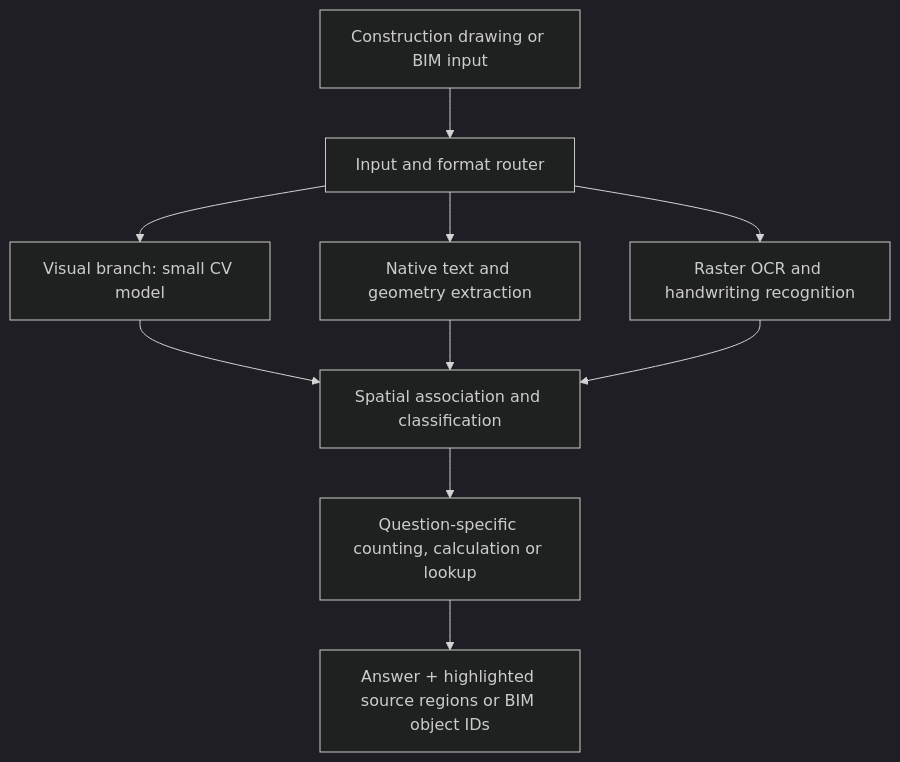
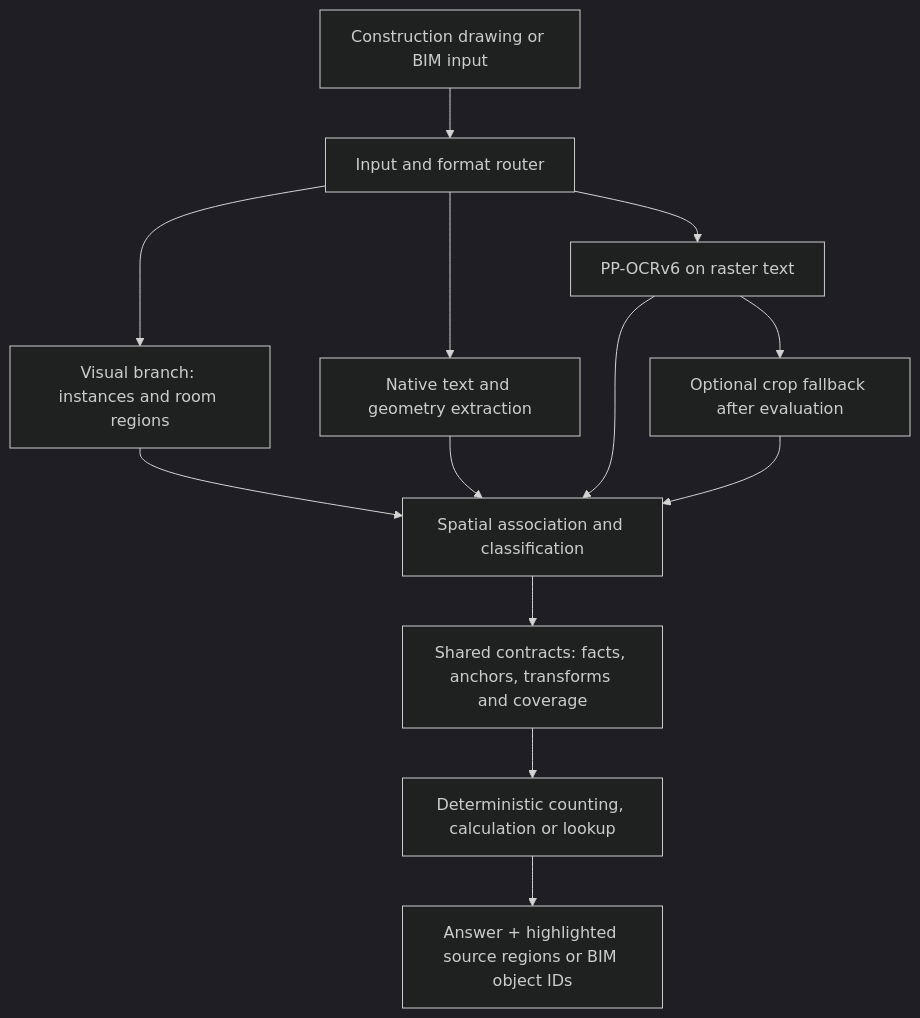
Before and after one commit to TASE-junkkari26/ask-the-plan: the diagram in docs/ocr_recs.md, drawn with Mermaid (dark theme). The commit also changed other lines of this file and 1 other file, not shown here.

Commit message:
ocr plan improvements

````diff
--- a/docs/ocr_recs.md
+++ b/docs/ocr_recs.md
@@ -176,12 +190,15 @@
 ```mermaid
 flowchart TD
     A[Construction drawing or BIM input] --> B[Input and format router]
-    B --> C[Visual branch: small CV model]
+    B --> C[Visual branch: instances and room regions]
     B --> D[Native text and geometry extraction]
-    B --> E[Raster OCR and handwriting recognition]
+    B --> E[PP-OCRv6 on raster text]
+    E --> I[Optional crop fallback after evaluation]
     C --> F[Spatial association and classification]
     D --> F
     E --> F
-    F --> G[Question-specific counting, calculation or lookup]
+    I --> F
+    F --> J[Shared contracts: facts, anchors, transforms and coverage]
+    J --> G[Deterministic counting, calculation or lookup]
     G --> H[Answer + highlighted source regions or BIM object IDs]
 ```
````
